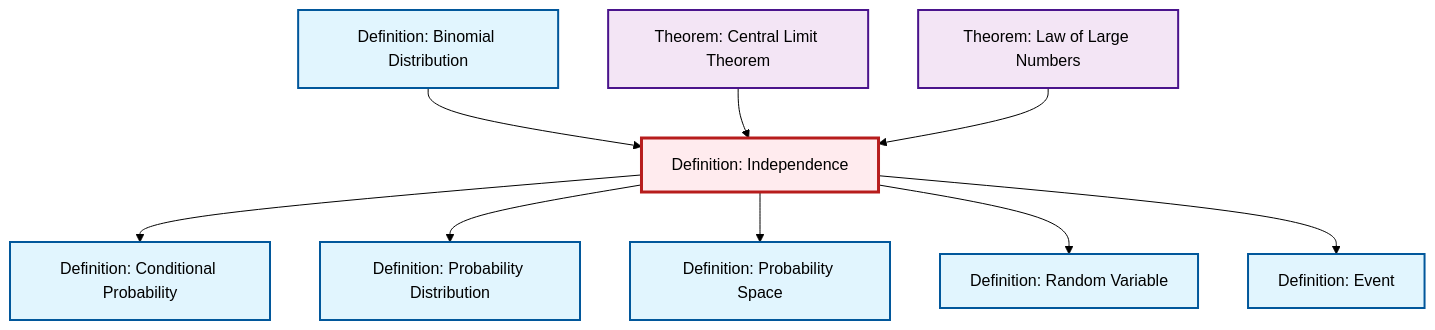
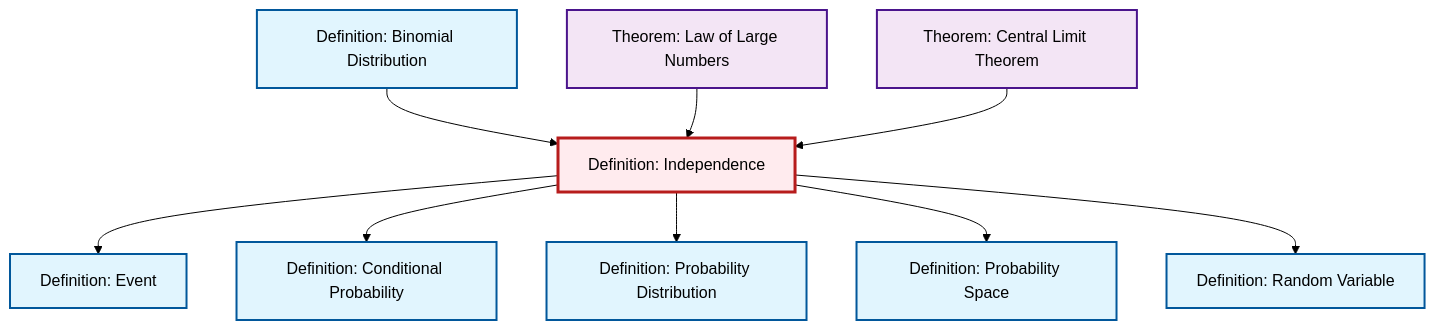
The diagram in content/en/probability-statistics/def-independence.qmd (RK0429/ModernMath), drawn with Mermaid (forest theme) before and after one commit. The commit also changed other lines of this file and 672 other files, not shown here.

````diff
--- a/content/en/probability-statistics/def-independence.qmd
+++ b/content/en/probability-statistics/def-independence.qmd
@@ -114,35 +114,35 @@
 ```{mermaid}
 %%| fig-cap: "Local dependency graph"
 graph TD
     classDef definition fill:#e1f5fe,stroke:#01579b,stroke-width:2px
     classDef theorem fill:#f3e5f5,stroke:#4a148c,stroke-width:2px
     classDef axiom fill:#fff3e0,stroke:#e65100,stroke-width:2px
     classDef example fill:#e8f5e9,stroke:#1b5e20,stroke-width:2px
     classDef current fill:#ffebee,stroke:#b71c1c,stroke-width:3px
-    def-probability-distribution["Definition: Probability Distribution"]:::definition
-    def-conditional-probability["Definition: Conditional Probability"]:::definition
-    thm-central-limit["Theorem: Central Limit Theorem"]:::theorem
-    def-random-variable["Definition: Random Variable"]:::definition
-    def-event["Definition: Event"]:::definition
+    def-probability-space["Definition: Probability Space"]:::definition
     def-binomial-distribution["Definition: Binomial Distribution"]:::definition
     def-independence["Definition: Independence"]:::definition
     thm-law-of-large-numbers["Theorem: Law of Large Numbers"]:::theorem
-    def-probability-space["Definition: Probability Space"]:::definition
+    def-event["Definition: Event"]:::definition
+    def-probability-distribution["Definition: Probability Distribution"]:::definition
+    thm-central-limit["Theorem: Central Limit Theorem"]:::theorem
+    def-conditional-probability["Definition: Conditional Probability"]:::definition
+    def-random-variable["Definition: Random Variable"]:::definition
+    def-independence --> def-event
     def-binomial-distribution --> def-independence
     def-independence --> def-conditional-probability
-    thm-central-limit --> def-independence
     def-independence --> def-probability-distribution
-    thm-law-of-large-numbers --> def-independence
     def-independence --> def-probability-space
     def-independence --> def-random-variable
-    def-independence --> def-event
+    thm-law-of-large-numbers --> def-independence
+    thm-central-limit --> def-independence
     class def-independence current
-    click def-probability-distribution "def-probability-distribution.html" "Go to Probability Distribution definition"
-    click def-conditional-probability "def-conditional-probability.html" "Go to Conditional Probability definition"
-    click thm-central-limit "thm-central-limit.html" "Go to Central Limit Theorem theorem"
-    click def-random-variable "def-random-variable.html" "Go to Random Variable definition"
-    click def-event "def-event.html" "Go to Event definition"
+    click def-probability-space "def-probability-space.html" "Go to Probability Space definition"
     click def-binomial-distribution "def-binomial-distribution.html" "Go to Binomial Distribution definition"
     click thm-law-of-large-numbers "thm-law-of-large-numbers.html" "Go to Law of Large Numbers theorem"
-    click def-probability-space "def-probability-space.html" "Go to Probability Space definition"
+    click def-event "def-event.html" "Go to Event definition"
+    click def-probability-distribution "def-probability-distribution.html" "Go to Probability Distribution definition"
+    click thm-central-limit "thm-central-limit.html" "Go to Central Limit Theorem theorem"
+    click def-conditional-probability "def-conditional-probability.html" "Go to Conditional Probability definition"
+    click def-random-variable "def-random-variable.html" "Go to Random Variable definition"
 ```
````
